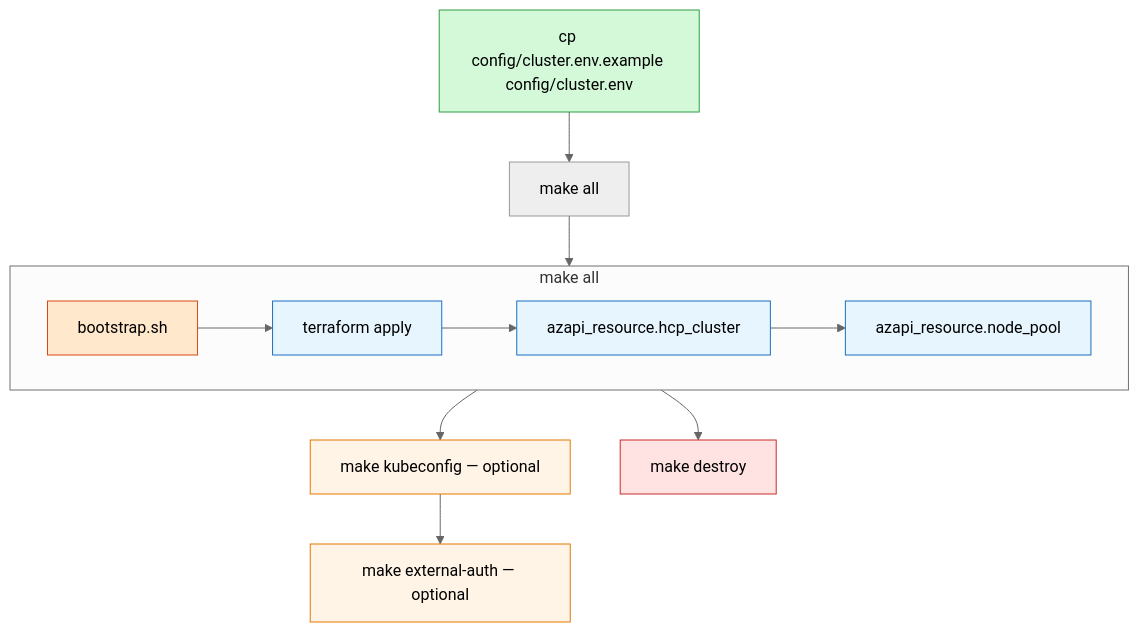
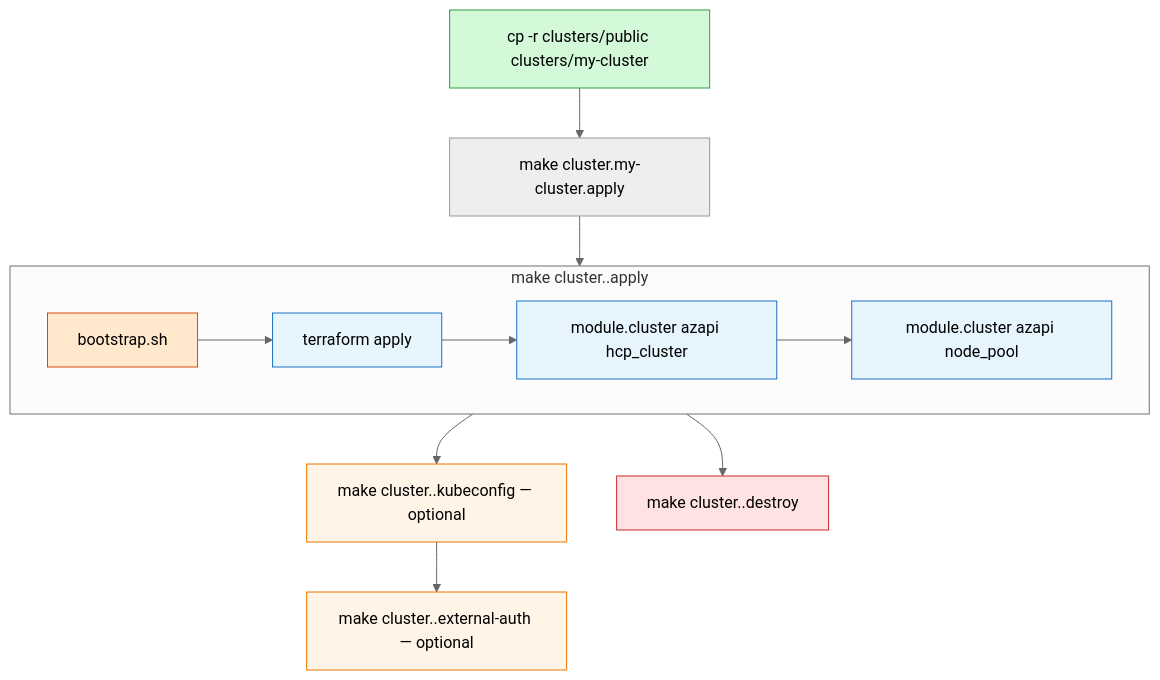
The second of 12 diagrams in docs/architecture.md (rh-mobb/aro-hcp), drawn with Mermaid (neutral theme) before and after one commit. The commit also changed other lines of this file and 95 other files, not shown here.

First line of the commit message:
feat: modular terraform, per-cluster make targets, and operator docs

````diff
--- a/docs/architecture.md
+++ b/docs/architecture.md
@@ -83,26 +85,26 @@
 ```mermaid
 flowchart TB
-    start["cp config/cluster.env.example config/cluster.env"] --> all["make all"]
+    start["cp -r clusters/public clusters/my-cluster"] --> all["make cluster.my-cluster.apply"]
 
-    subgraph allSteps["make all"]
+    subgraph allSteps["make cluster.<name>.apply"]
         boot["bootstrap.sh"] --> apply["terraform apply"]
-        apply --> cluster["azapi_resource.hcp_cluster"]
-        cluster --> nodepool["azapi_resource.node_pool"]
+        apply --> cluster["module.cluster azapi hcp_cluster"]
+        cluster --> nodepool["module.cluster azapi node_pool"]
     end
 
     all --> allSteps
-    allSteps --> kube["make kubeconfig — optional"]
-    kube --> auth["make external-auth — optional"]
-    allSteps --> destroy["make destroy"]
+    allSteps --> kube["make cluster.<name>.kubeconfig — optional"]
+    kube --> auth["make cluster.<name>.external-auth — optional"]
+    allSteps --> destroy["make cluster.<name>.destroy"]
 
     classDef fillStart fill:#d3f9d8,stroke:#2f9e44,color:#000
     classDef fillTf fill:#e7f5ff,stroke:#1971c2,color:#000
     classDef fillCli fill:#ffe8cc,stroke:#d9480f,color:#000
     classDef fillOpt fill:#fff4e6,stroke:#e67700,color:#000
     classDef fillDestroy fill:#ffe3e3,stroke:#c92a2a,color:#000
     class start fillStart
     class apply,cluster,nodepool fillTf
     class boot fillCli
     class kube,auth fillOpt
     class destroy fillDestroy
 ```
````
